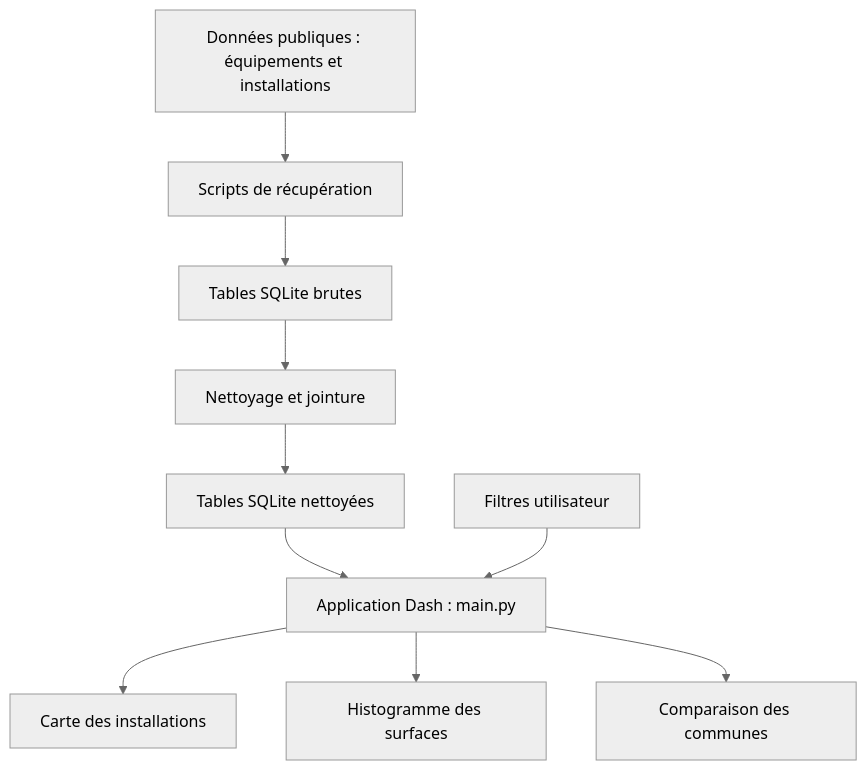
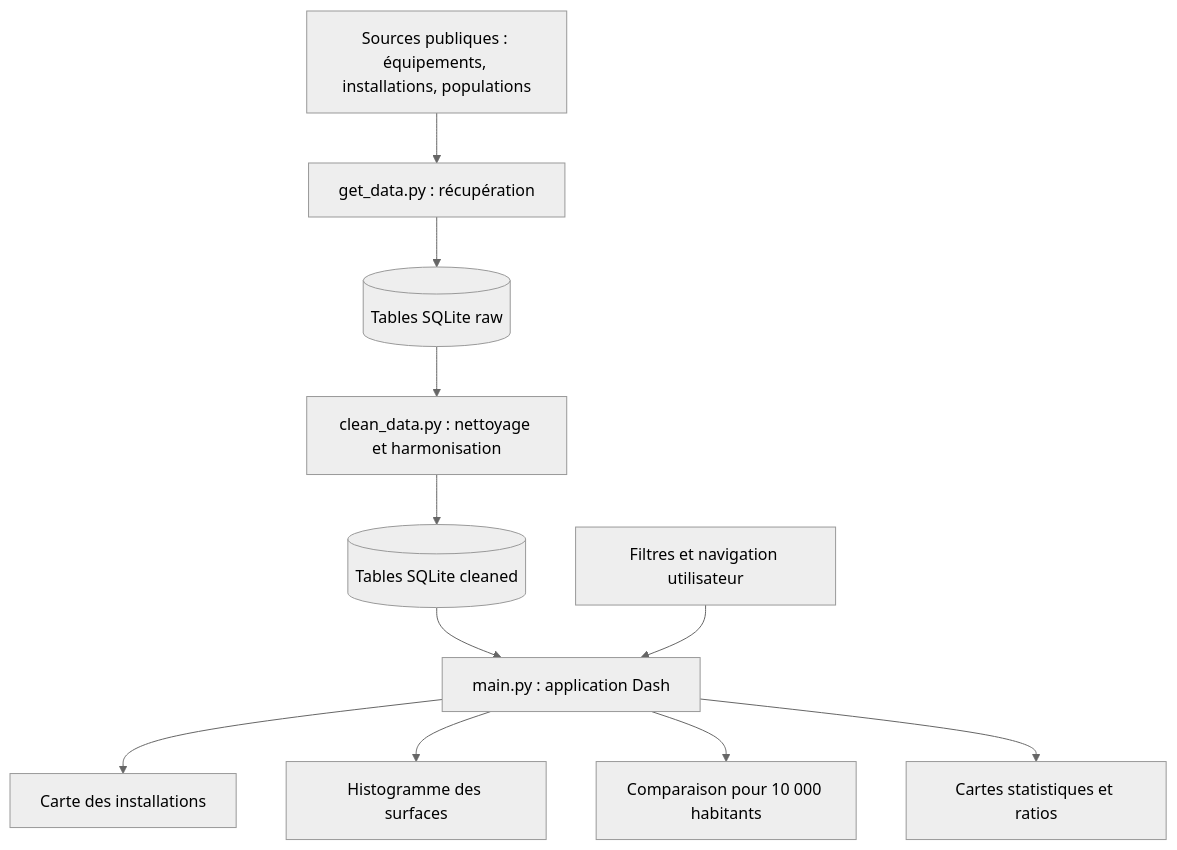
The diagram in README.md (manarianella/projet-sport-egalite), drawn with Mermaid (neutral theme) before and after one commit. The commit also changed other lines of this file and 8 other files, not shown here.

````diff
--- a/README.md
+++ b/README.md
@@ -667,23 +694,25 @@
 ```mermaid
 flowchart TD
-    A["Données publiques : équipements et installations"]
-    B["Scripts de récupération"]
-    C["Tables SQLite brutes"]
-    D["Nettoyage et jointure"]
-    E["Tables SQLite nettoyées"]
-    F["Application Dash : main.py"]
-    G["Filtres utilisateur"]
-    H["Carte des installations"]
-    I["Histogramme des surfaces"]
-    J["Comparaison des communes"]
+    A[Sources publiques : équipements, installations, populations]
+    B[get_data.py : récupération]
+    C[(Tables SQLite raw)]
+    D[clean_data.py : nettoyage et harmonisation]
+    E[(Tables SQLite cleaned)]
+    F[main.py : application Dash]
+    G[Filtres et navigation utilisateur]
+    H[Carte des installations]
+    I[Histogramme des surfaces]
+    J[Comparaison pour 10 000 habitants]
+    K[Cartes statistiques et ratios]
 
     A --> B
     B --> C
     C --> D
     D --> E
     E --> F
     G --> F
     F --> H
     F --> I
     F --> J
+    F --> K
 ```
````
